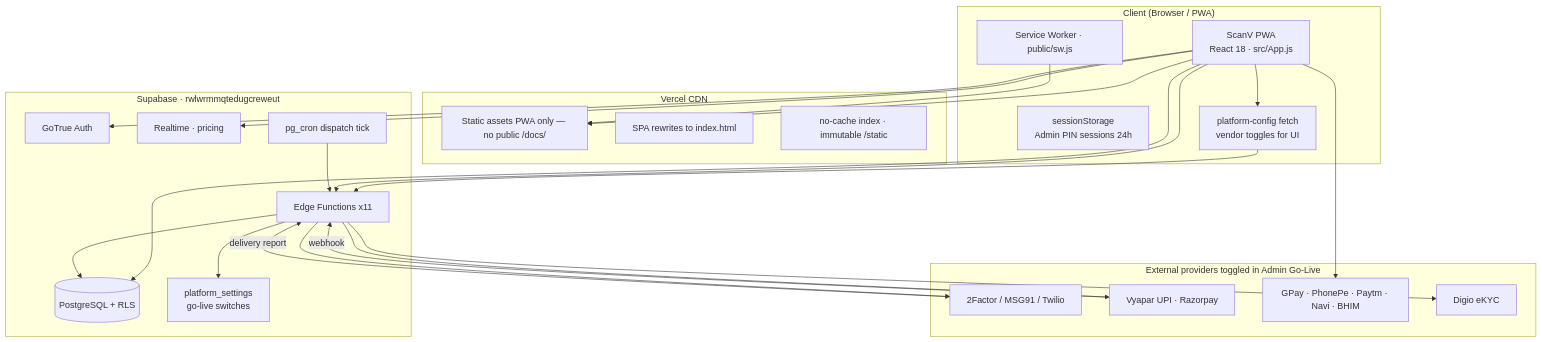
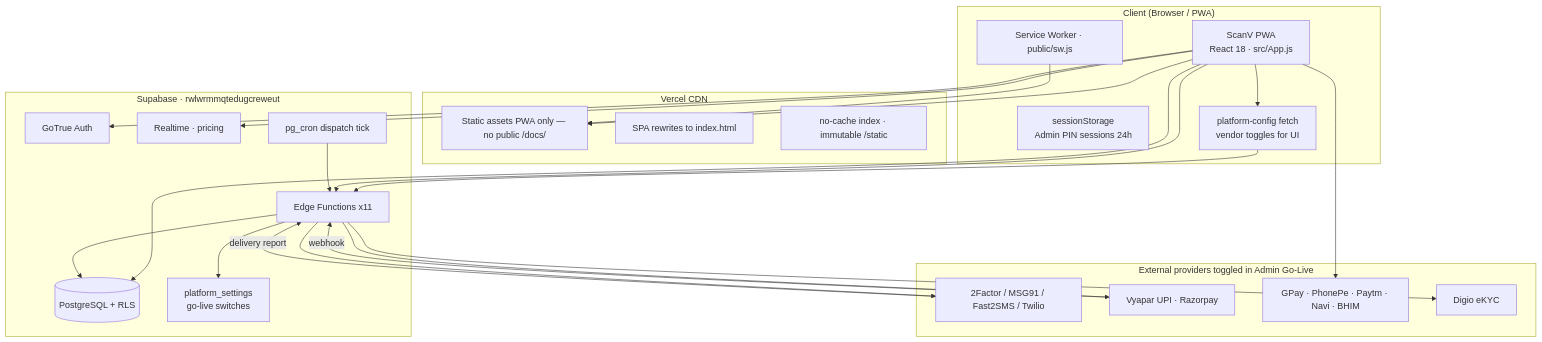
Before and after one commit to scanversecorp/scanverse: the second of 7 diagrams in docs/ARCHITECTURE.md, drawn with Mermaid. The commit also changed other lines of this file and 12 other files, not shown here.

First line of the commit message:
Add Fast2SMS as third SMS fallback after MSG91.

````diff
--- a/docs/ARCHITECTURE.md
+++ b/docs/ARCHITECTURE.md
@@ -53,49 +54,49 @@
 ```mermaid
 flowchart TB
     subgraph Client["Client (Browser / PWA)"]
         PWA["ScanV PWA<br/>React 18 · src/App.js"]
         SW["Service Worker · public/sw.js"]
         SS["sessionStorage<br/>Admin PIN sessions 24h"]
         PC["platform-config fetch<br/>vendor toggles for UI"]
     end
 
     subgraph Vercel["Vercel CDN"]
         CDN["Static assets PWA only — no public /docs/"]
         RW["SPA rewrites to index.html"]
         HC["no-cache index · immutable /static"]
     end
 
     subgraph Supabase["Supabase · rwlwrmmqtedugcreweut"]
         AUTH["GoTrue Auth"]
         DB[("PostgreSQL + RLS")]
         EF["Edge Functions x11"]
         RT["Realtime · pricing"]
         CRON["pg_cron dispatch tick"]
         PS["platform_settings<br/>go-live switches"]
     end
 
     subgraph External["External providers toggled in Admin Go-Live"]
-        OTP["2Factor / MSG91 / Twilio"]
+        OTP["2Factor / MSG91 / Fast2SMS / Twilio"]
         PAY["Vyapar UPI · Razorpay"]
         UPI["GPay · PhonePe · Paytm · Navi · BHIM"]
         DG["Digio eKYC"]
     end
 
     PWA --> CDN
     SW --> CDN
     PWA --> PC
     PC --> EF
     PWA --> AUTH
     PWA --> DB
     PWA --> EF
     PWA --> RT
     EF --> DB
     EF --> PS
     EF --> OTP
     EF --> PAY
     PWA --> UPI
     EF --> DG
     CRON --> EF
     PAY -->|webhook| EF
     OTP -->|delivery report| EF
 ```
````
